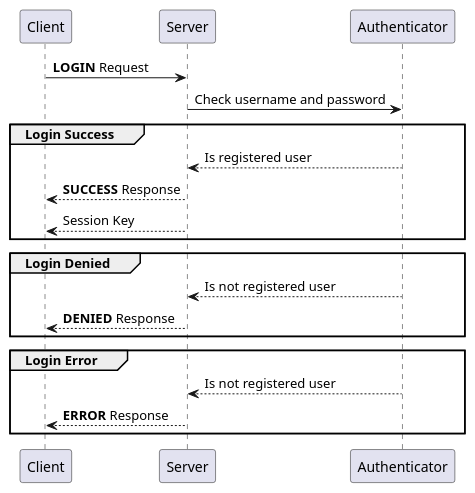
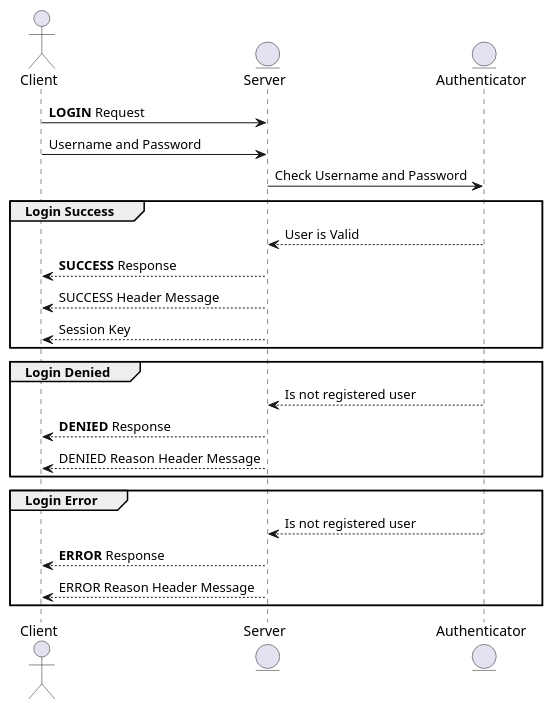
Before and after one commit to mdgriffin/distributed-computing-project: the diagram in diagrams/login_sequence.puml, drawn with PlantUML. The commit also changed 4 other files, not shown here.

Commit message:
Improved sequence diagrams, added entities

```diff
--- a/diagrams/login_sequence.puml
+++ b/diagrams/login_sequence.puml
@@ -1,21 +1,29 @@
 @startuml
+actor Client
+entity Server
+entity Authenticator
+
 Client -> Server: **LOGIN** Request
+Client -> Server: Username and Password
 
-Server -> Authenticator: Check username and password
+Server -> Authenticator: Check Username and Password
 
 group Login Success
-    Authenticator --> Server: Is registered user
+    Authenticator --> Server: User is Valid
     Server --> Client: **SUCCESS** Response
+    Server --> Client: SUCCESS Header Message
     Server --> Client: Session Key
 end
 
 group Login Denied
     Authenticator --> Server: Is not registered user
     Server --> Client: **DENIED** Response
+    Server --> Client: DENIED Reason Header Message
 end
 
 group Login Error
     Authenticator --> Server: Is not registered user
     Server --> Client: **ERROR** Response
+    Server --> Client: ERROR Reason Header Message
 end
 @enduml
```
